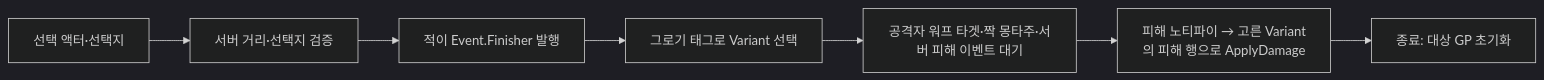
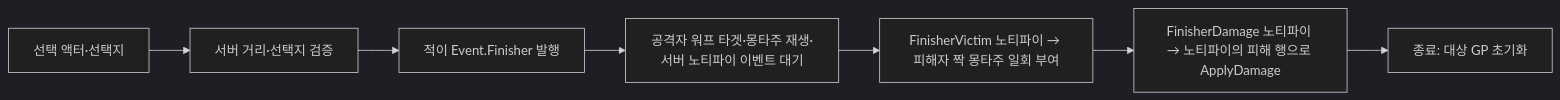
One commit to Woogl/ProjectWx changed the diagram in .wiki/wiki/concepts/combat-finisher.md. Above: the diagram before and after it, drawn with Mermaid (dark theme). The commit also changed other lines of this file and 18 other files, not shown here.

````diff
--- a/.wiki/wiki/concepts/combat-finisher.md
+++ b/.wiki/wiki/concepts/combat-finisher.md
@@ -26,9 +27,9 @@
 ```mermaid
 flowchart LR
   A["선택 액터·선택지"] --> B["서버 거리·선택지 검증"]
   B --> C["적이 Event.Finisher 발행"]
-  C --> D["그로기 태그로 Variant 선택"]
-  D --> E["공격자 워프 타겟·짝 몽타주·서버 피해 이벤트 대기"]
-  E --> F["피해 노티파이 → 고른 Variant의 피해 행으로 ApplyDamage"]
+  C --> D["공격자 워프 타겟·몽타주 재생·서버 노티파이 이벤트 대기"]
+  D --> E["FinisherVictim 노티파이 → 피해자 짝 몽타주 일회 부여"]
+  E --> F["FinisherDamage 노티파이 → 노티파이의 피해 행으로 ApplyDamage"]
   F --> G["종료: 대상 GP 초기화"]
 ```
````
